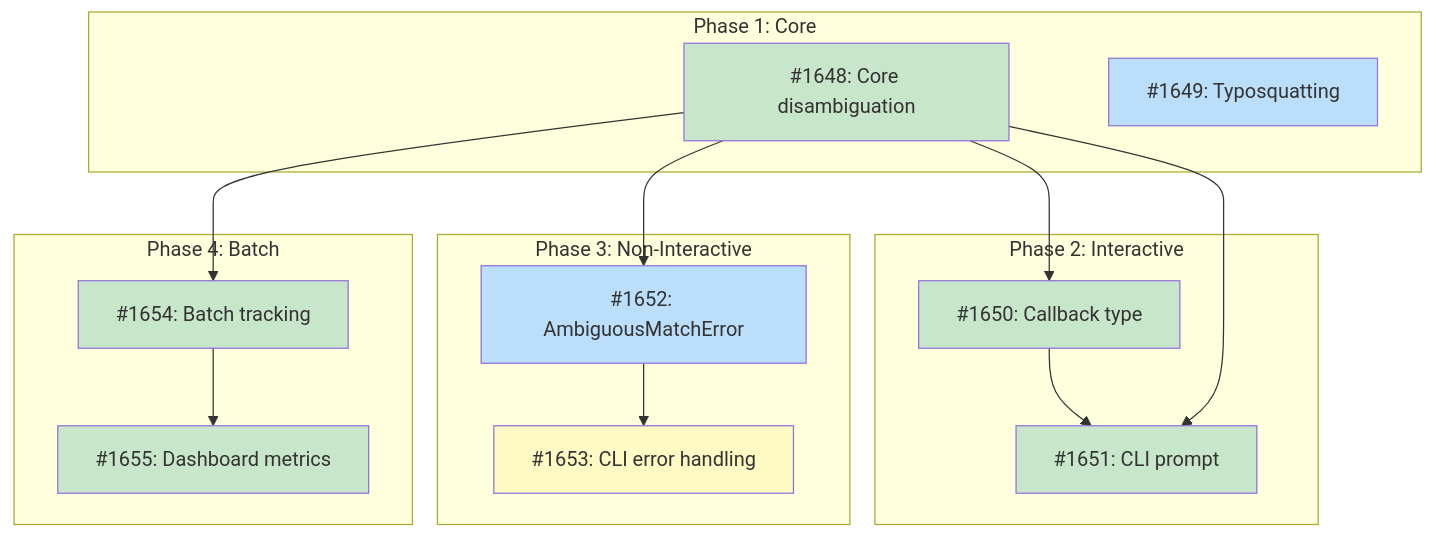
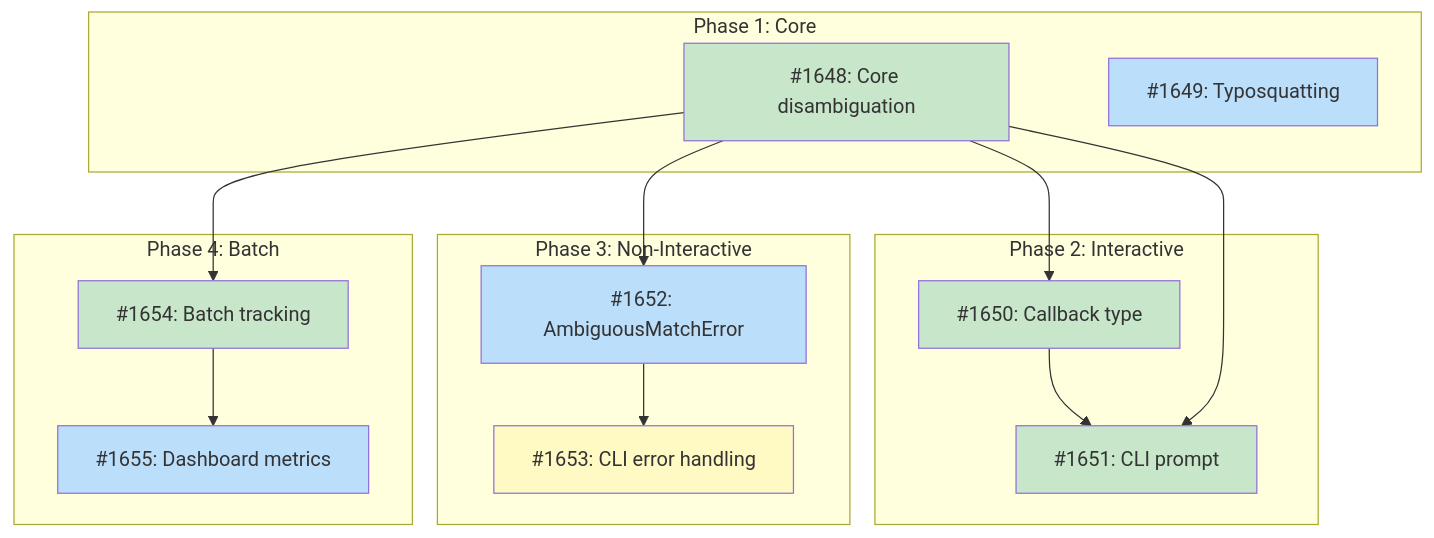
One commit to tsukumogami/tsuku changed the diagram in docs/designs/DESIGN-disambiguation.md. Above: the diagram before and after it, drawn with Mermaid. The commit also changed 1 other file, not shown here.

Commit message:
fix: revert diagram status for open issue 1655
MM15 validation checks GitHub issue state. Issue 1655 is still open
and will close on PR merge, so diagram should show 'ready' not 'done'.

````diff
--- a/docs/designs/DESIGN-disambiguation.md
+++ b/docs/designs/DESIGN-disambiguation.md
@@ -54,39 +54,39 @@
 ```mermaid
 graph TD
     subgraph Phase1["Phase 1: Core"]
         I1648["#1648: Core disambiguation"]
         I1649["#1649: Typosquatting"]
     end
 
     subgraph Phase2["Phase 2: Interactive"]
         I1650["#1650: Callback type"]
         I1651["#1651: CLI prompt"]
     end
 
     subgraph Phase3["Phase 3: Non-Interactive"]
         I1652["#1652: AmbiguousMatchError"]
         I1653["#1653: CLI error handling"]
     end
 
     subgraph Phase4["Phase 4: Batch"]
         I1654["#1654: Batch tracking"]
         I1655["#1655: Dashboard metrics"]
     end
 
     I1648 --> I1650
     I1650 --> I1651
     I1648 --> I1651
     I1648 --> I1652
     I1652 --> I1653
     I1648 --> I1654
     I1654 --> I1655
 
     classDef done fill:#c8e6c9
     classDef ready fill:#bbdefb
     classDef blocked fill:#fff9c4
     classDef needsDesign fill:#e1bee7
 
-    class I1648,I1650,I1651,I1654,I1655 done
-    class I1649,I1652 ready
+    class I1648,I1650,I1651,I1654 done
+    class I1649,I1652,I1655 ready
     class I1653 blocked
 ```
````
